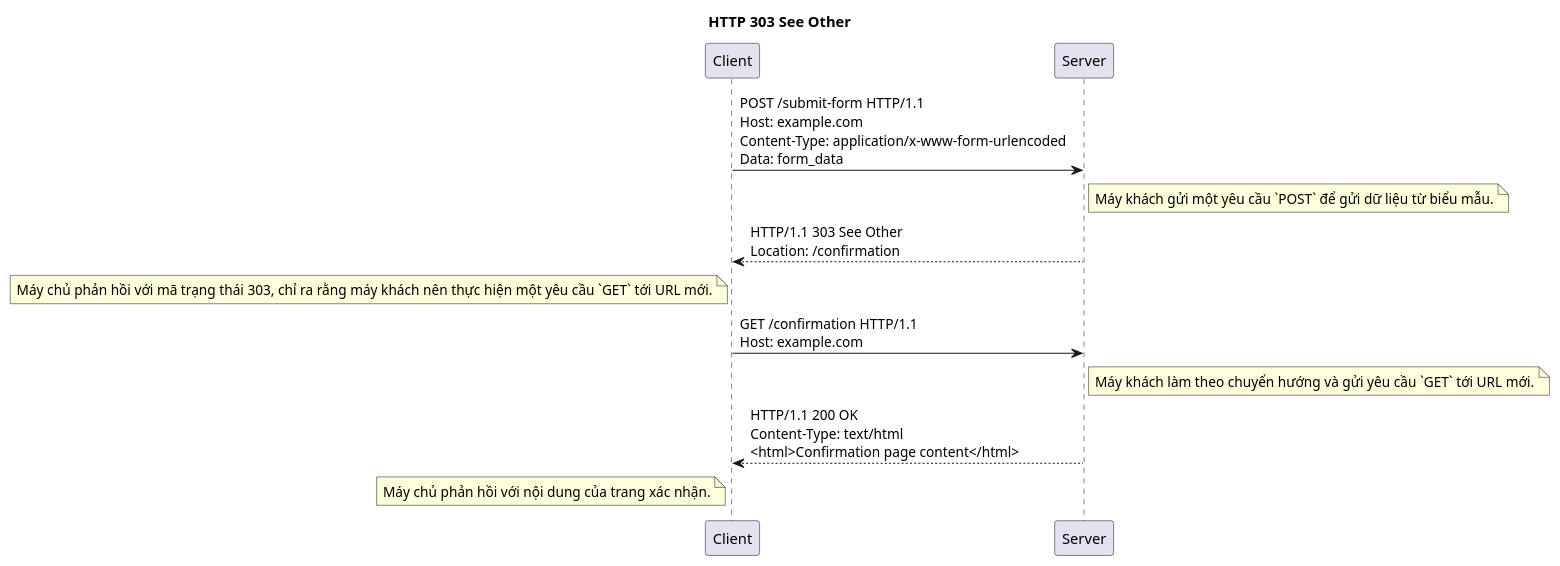
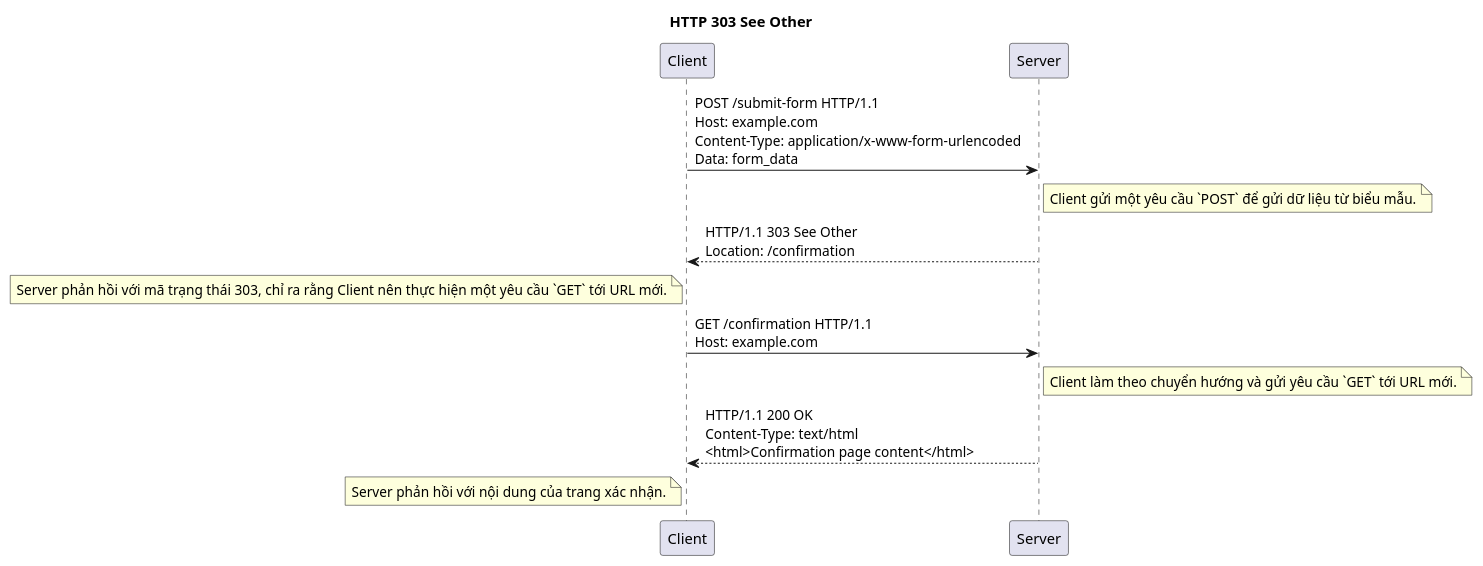
One commit to thanhlv-com/thanhlv-blog changed diagram 14 of 27 in packages/apps/src/blog/2024-12-05-y-nghia-cua-cac-http-status-code.md. Above: the diagram before and after it, drawn with PlantUML. The commit also changed other lines of this file, not shown here.

````diff
--- a/packages/apps/src/blog/2024-12-05-y-nghia-cua-cac-http-status-code.md
+++ b/packages/apps/src/blog/2024-12-05-y-nghia-cua-cac-http-status-code.md
@@ -492,21 +492,21 @@
 ```plantuml
 @startuml
 
 title HTTP 303 See Other
 
 participant "Client" as C
 participant "Server" as S
 
 C -> S: POST /submit-form HTTP/1.1\nHost: example.com\nContent-Type: application/x-www-form-urlencoded\nData: form_data
-note right of S: Máy khách gửi một yêu cầu `POST` để gửi dữ liệu từ biểu mẫu.
+note right of S: Client gửi một yêu cầu `POST` để gửi dữ liệu từ biểu mẫu.
 
 S --> C: HTTP/1.1 303 See Other\nLocation: /confirmation
-note left of C: Máy chủ phản hồi với mã trạng thái 303, chỉ ra rằng máy khách nên thực hiện một yêu cầu `GET` tới URL mới.
+note left of C: Server phản hồi với mã trạng thái 303, chỉ ra rằng Client nên thực hiện một yêu cầu `GET` tới URL mới.
 
 C -> S: GET /confirmation HTTP/1.1\nHost: example.com
-note right of S: Máy khách làm theo chuyển hướng và gửi yêu cầu `GET` tới URL mới.
+note right of S: Client làm theo chuyển hướng và gửi yêu cầu `GET` tới URL mới.
 
 S --> C: HTTP/1.1 200 OK\nContent-Type: text/html\n<html>Confirmation page content</html>
-note left of C: Máy chủ phản hồi với nội dung của trang xác nhận.
+note left of C: Server phản hồi với nội dung của trang xác nhận.
 @enduml
 ```
````
